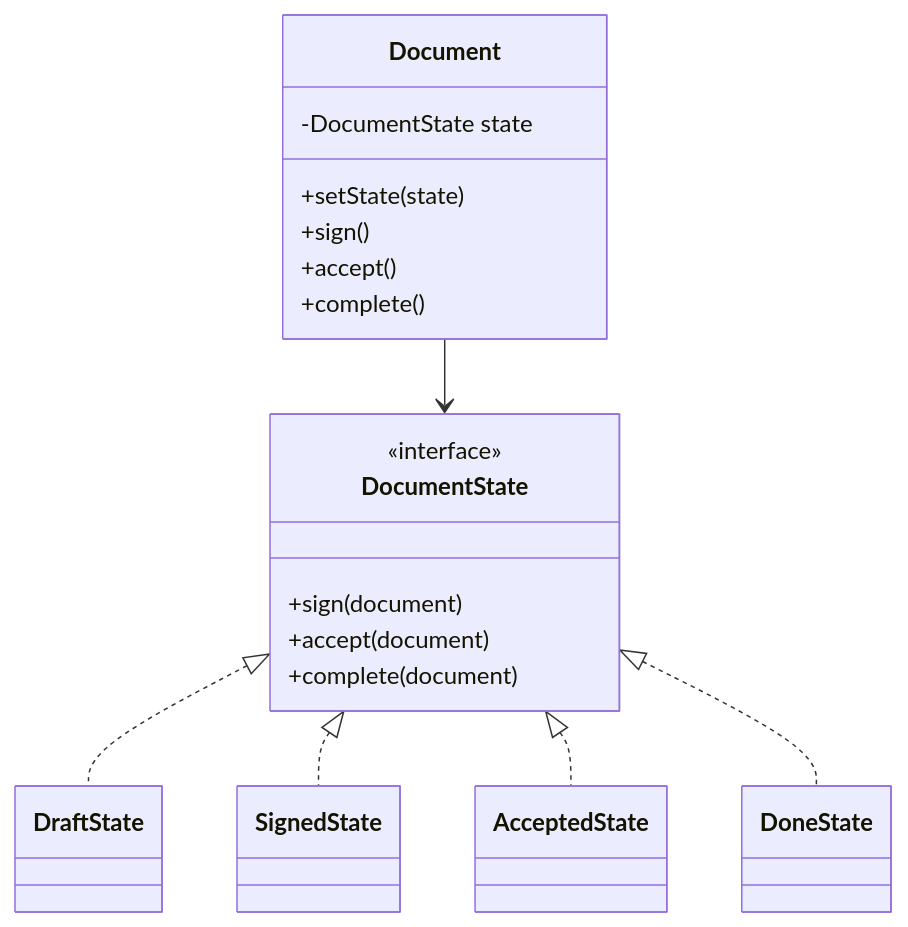
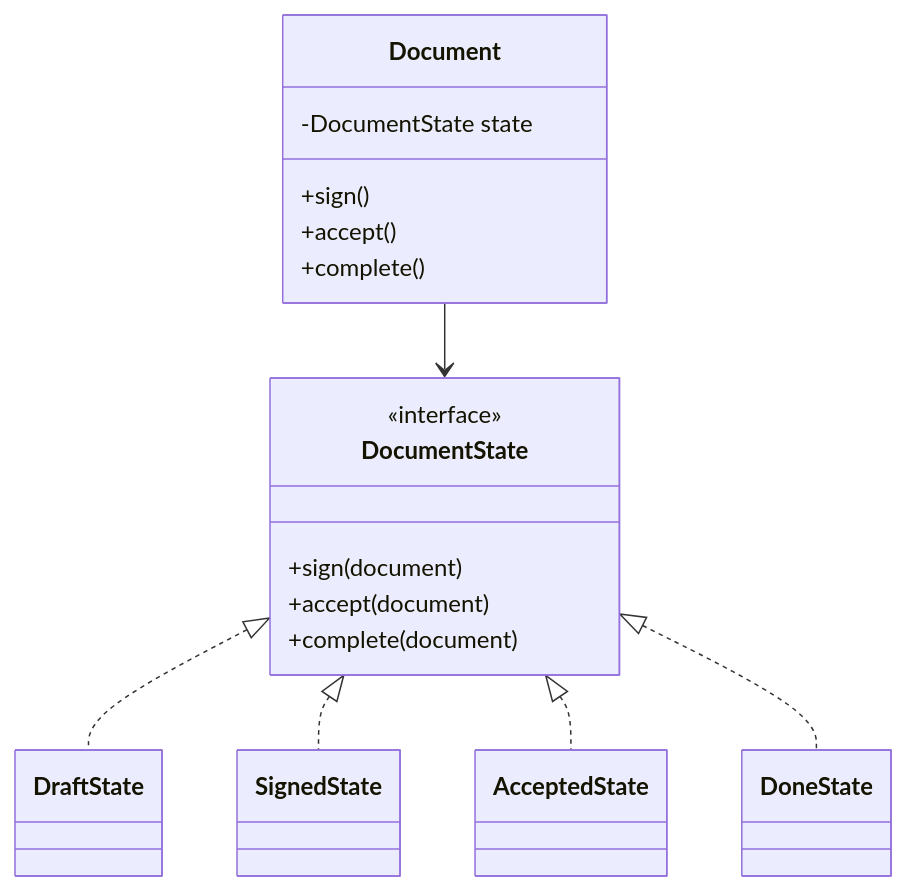
The fourth of 9 diagrams in content/lectures/Lec5/vitepress.md (Kert0n/KPO), drawn with Mermaid before and after one commit. The commit also changed other lines of this file, not shown here.

````diff
--- a/content/lectures/Lec5/vitepress.md
+++ b/content/lectures/Lec5/vitepress.md
@@ -456,28 +456,27 @@
 ```mermaid
 classDiagram
   class Document {
     -DocumentState state
-    +setState(state)
     +sign()
     +accept()
     +complete()
   }
 
   class DocumentState {
     <<interface>>
     +sign(document)
     +accept(document)
     +complete(document)
   }
 
   class DraftState
   class SignedState
   class AcceptedState
   class DoneState
 
   Document --> DocumentState
   DocumentState <|.. DraftState
   DocumentState <|.. SignedState
   DocumentState <|.. AcceptedState
   DocumentState <|.. DoneState
 ```
````
